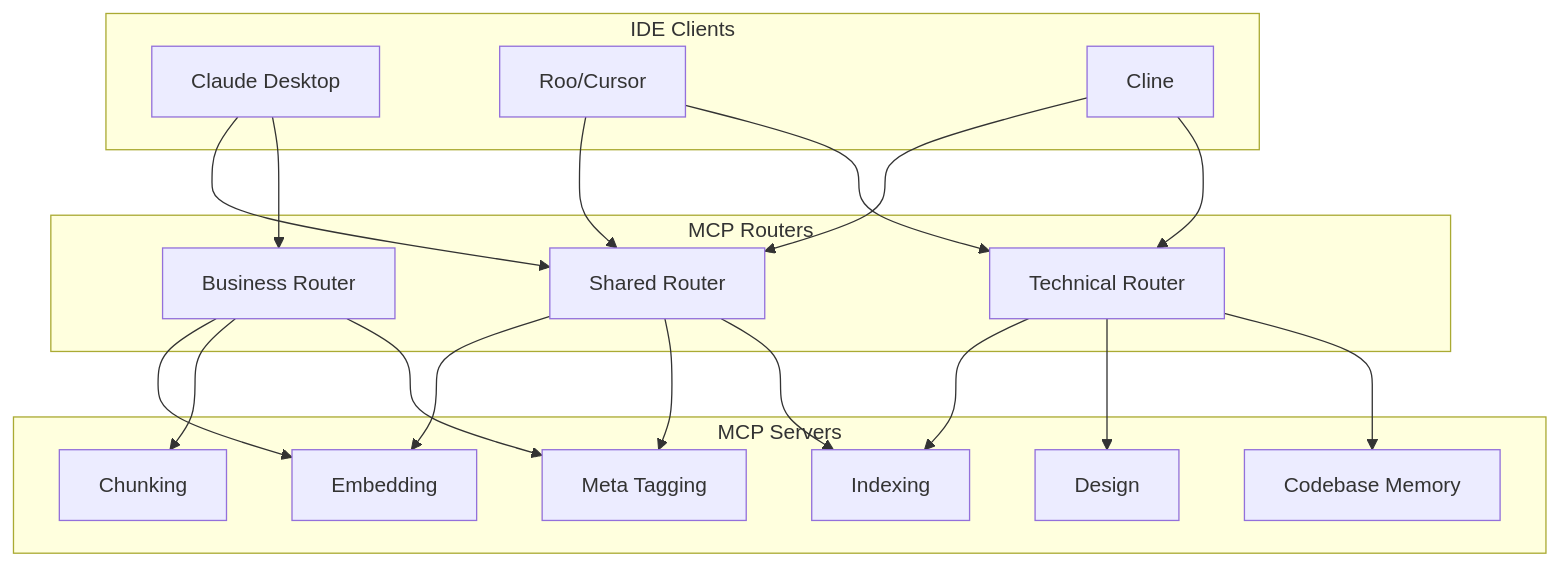
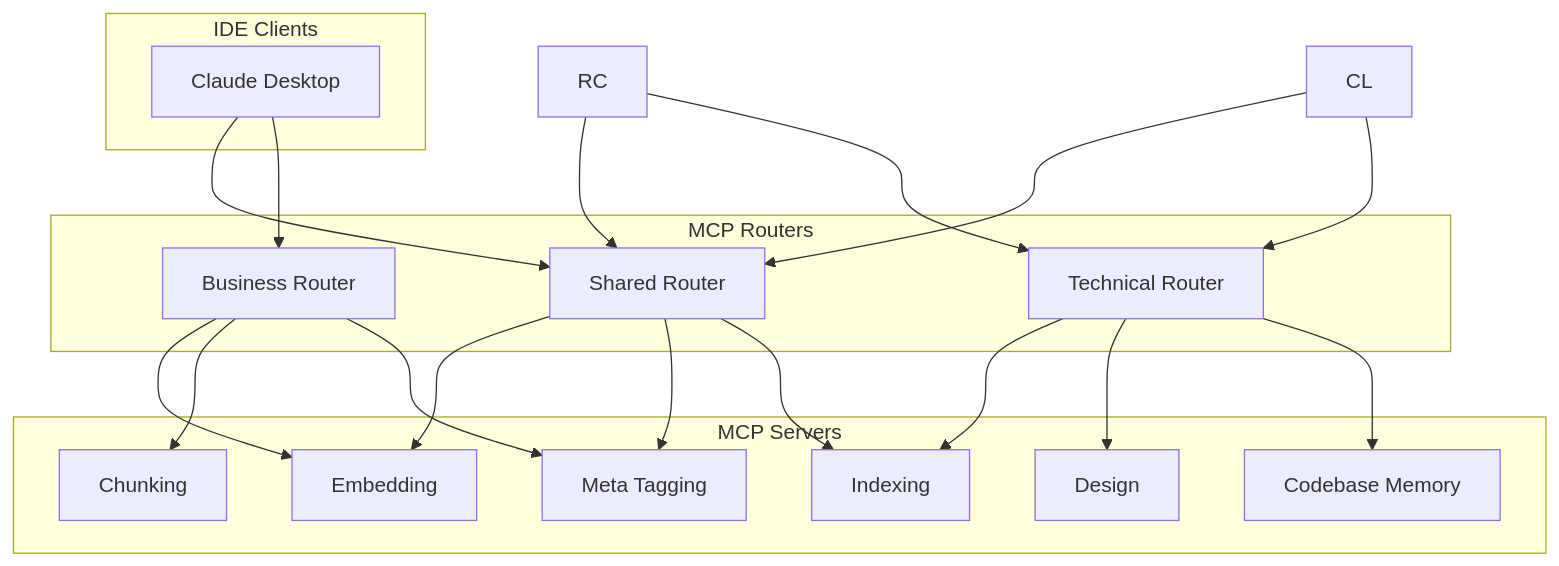
Before and after one commit to ai-cherry/sophia-intel-ai: the fourth of 4 diagrams in sophia_artemis_consolidation_architecture.md, drawn with Mermaid. The commit also changed other lines of this file and 41 other files, not shown here.

Commit message:
docs: unify environment docs; remove legacy Roo/Cline/Cursor references; add Unified Environment section; update monitor labels

````diff
--- a/sophia_artemis_consolidation_architecture.md
+++ b/sophia_artemis_consolidation_architecture.md
@@ -358,40 +345,38 @@
 ```mermaid
 graph TB
     subgraph IDE Clients
         CD[Claude Desktop]
-        RC[Roo/Cursor]
-        CL[Cline]
     end
     
     subgraph MCP Routers
         BR[Business Router]
         TR[Technical Router]
         SR[Shared Router]
     end
     
     subgraph MCP Servers
         CM[Codebase Memory]
         IX[Indexing]
         DS[Design]
         MT[Meta Tagging]
         CH[Chunking]
         EM[Embedding]
     end
     
     CD --> BR
     CD --> SR
     RC --> TR
     RC --> SR
     CL --> TR
     CL --> SR
     
     BR --> MT
     BR --> CH
     BR --> EM
     TR --> CM
     TR --> DS
     TR --> IX
     SR --> IX
     SR --> MT
     SR --> EM
 ```
````
